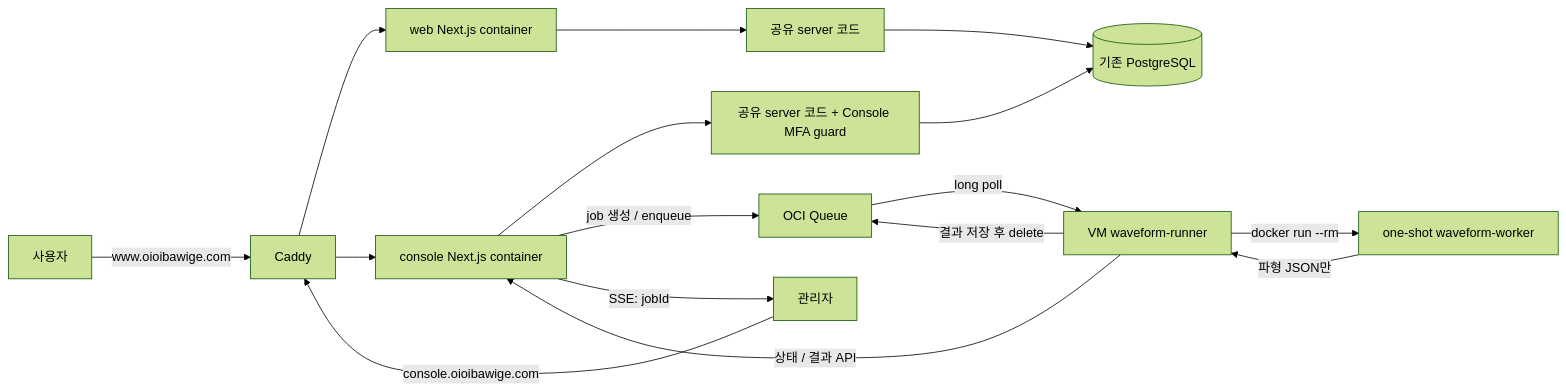
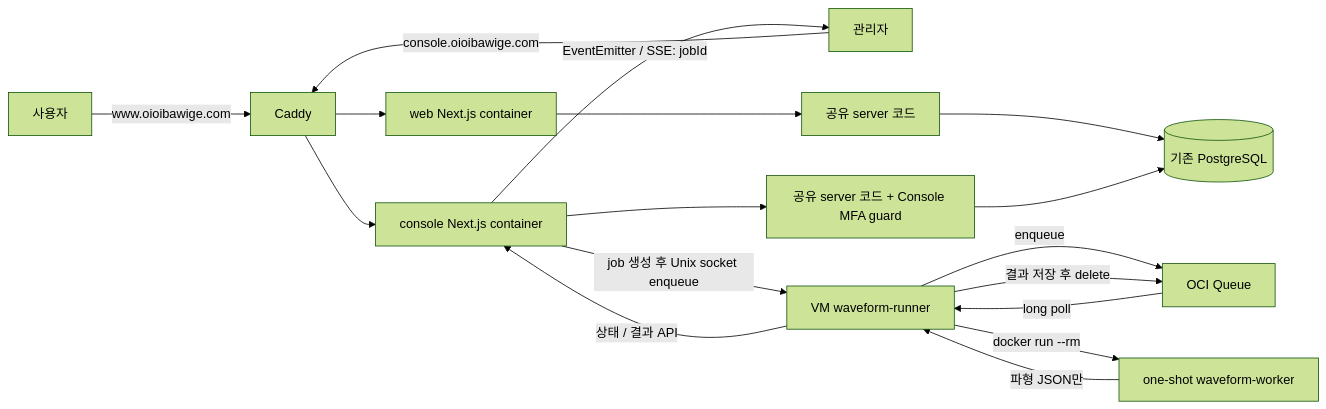
One commit to goldmayo/oioi-bwg changed the diagram in docs/migration/implementation/console-guide-editor/DESIGN.md. Above: the diagram before and after it, drawn with Mermaid (forest theme). The commit also changed other lines of this file and 2 other files, not shown here.

````diff
--- a/docs/migration/implementation/console-guide-editor/DESIGN.md
+++ b/docs/migration/implementation/console-guide-editor/DESIGN.md
@@ -32,18 +33,19 @@
 ```mermaid
 flowchart LR
   U[사용자] -->|www.oioibawige.com| P[Caddy]
   A[관리자] -->|console.oioibawige.com| P
   P --> W[web Next.js container]
   P --> C[console Next.js container]
   W --> WS[공유 server 코드]
   C --> CS[공유 server 코드 + Console MFA guard]
   WS --> DB[(기존 PostgreSQL)]
   CS --> DB
-  C -->|job 생성 / enqueue| Q[OCI Queue]
-  Q -->|long poll| R[VM waveform-runner]
+  C -->|job 생성 후 Unix socket enqueue| R[VM waveform-runner]
+  R -->|enqueue| Q[OCI Queue]
+  Q -->|long poll| R
   R -->|docker run --rm| J[one-shot waveform-worker]
   J -->|파형 JSON만| R
   R -->|상태 / 결과 API| C
   R -->|결과 저장 후 delete| Q
-  C -->|SSE: jobId| A
+  C -->|EventEmitter / SSE: jobId| A
 ```
````
